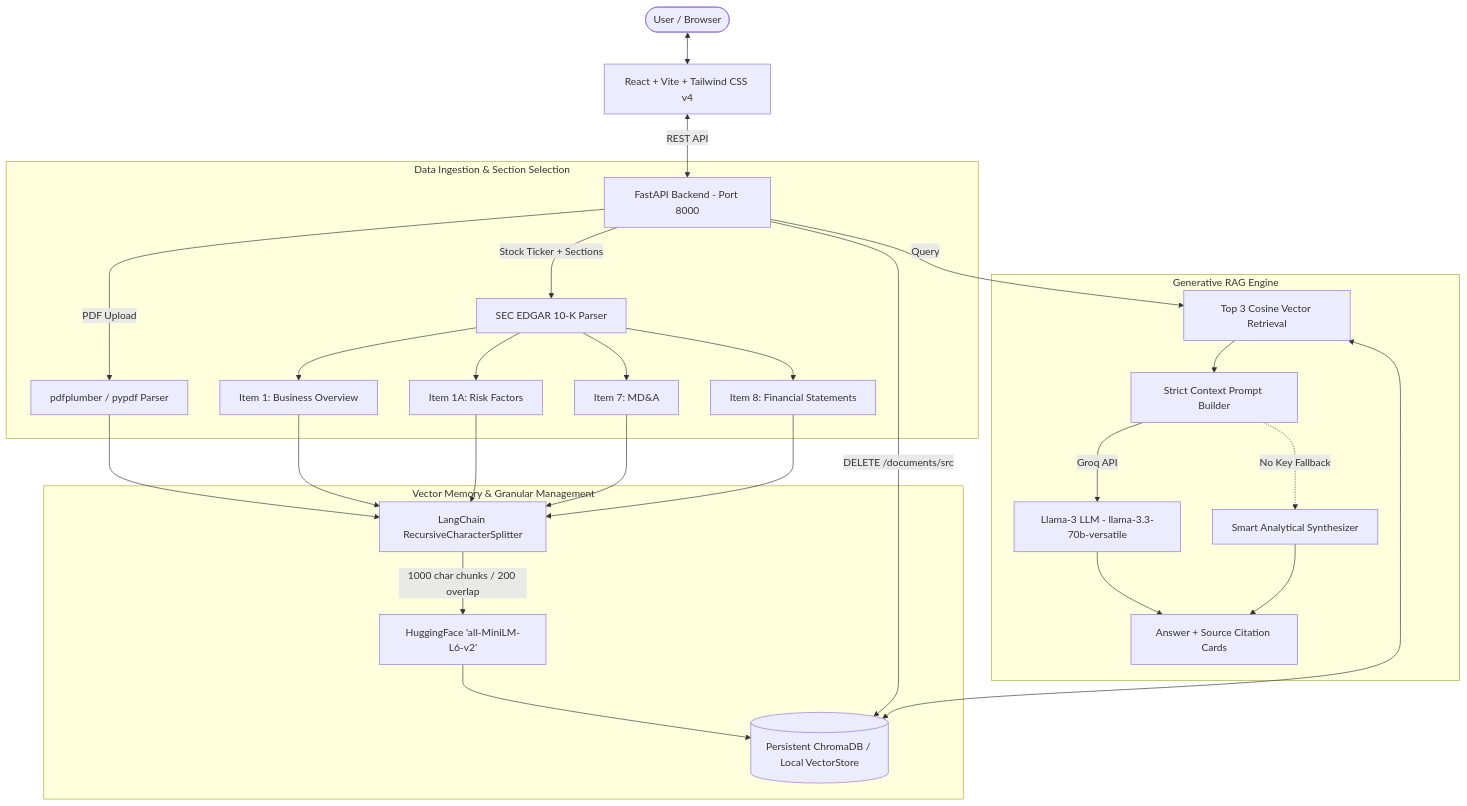
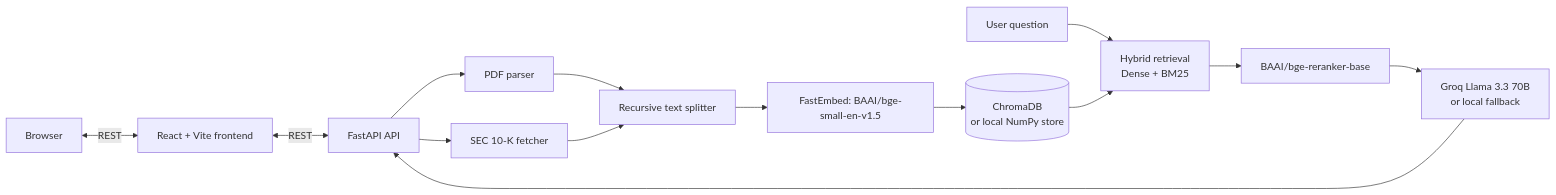
The diagram in PROJECT.md (nagul-2005/AlphaRead-Financial-RAG), drawn with Mermaid before and after one commit. The commit also changed other lines of this file, not shown here.

````diff
--- a/PROJECT.md
+++ b/PROJECT.md
@@ -9,30 +16,16 @@
 ```mermaid
-graph TD
-    User([User / Browser]) <--> Frontend[React + Vite + Tailwind CSS v4]
-    Frontend <-->|REST API| Backend[FastAPI Backend - Port 8000]
-    
-    subgraph Data Ingestion & Section Selection
-        Backend -->|PDF Upload| PDFParser[pdfplumber / pypdf Parser]
-        Backend -->|Stock Ticker + Sections| SECParser[SEC EDGAR 10-K Parser]
-        SECParser --> Item1[Item 1: Business Overview]
-        SECParser --> Item1A[Item 1A: Risk Factors]
-        SECParser --> Item7[Item 7: MD&A]
-        SECParser --> Item8[Item 8: Financial Statements]
-    end
-    
-    subgraph Vector Memory & Granular Management
-        PDFParser & Item1 & Item1A & Item7 & Item8 --> Splitter[LangChain RecursiveCharacterSplitter]
-        Splitter -->|1000 char chunks / 200 overlap| Embedder[HuggingFace 'all-MiniLM-L6-v2']
-        Embedder --> VectorDB[(Persistent ChromaDB / Local VectorStore)]
-        Backend -->|DELETE /documents/src| VectorDB
-    end
-    
-    subgraph Generative RAG Engine
-        Backend -->|Query| Retriever[Top 3 Cosine Vector Retrieval]
-        Retriever <--> VectorDB
-        Retriever --> Prompt[Strict Context Prompt Builder]
-        Prompt -->|Groq API| GroqLLM[Llama-3 LLM - llama-3.3-70b-versatile]
-        Prompt -.->|No Key Fallback| LocalSynthesizer[Smart Analytical Synthesizer]
-        GroqLLM & LocalSynthesizer --> Response[Answer + Source Citation Cards]
-    end
+flowchart LR
+    U[Browser] <-->|REST| F[React + Vite frontend]
+    F <-->|REST| A[FastAPI API]
+    A --> P[PDF parser]
+    A --> S[SEC 10-K fetcher]
+    P --> C[Recursive text splitter]
+    S --> C
+    C --> E[FastEmbed: BAAI/bge-small-en-v1.5]
+    E --> V[(ChromaDB\nor local NumPy store)]
+    Q[User question] --> H[Hybrid retrieval\nDense + BM25]
+    V --> H
+    H --> R[BAAI/bge-reranker-base]
+    R --> G[Groq Llama 3.3 70B\nor local fallback]
+    G --> A
 ```
````
